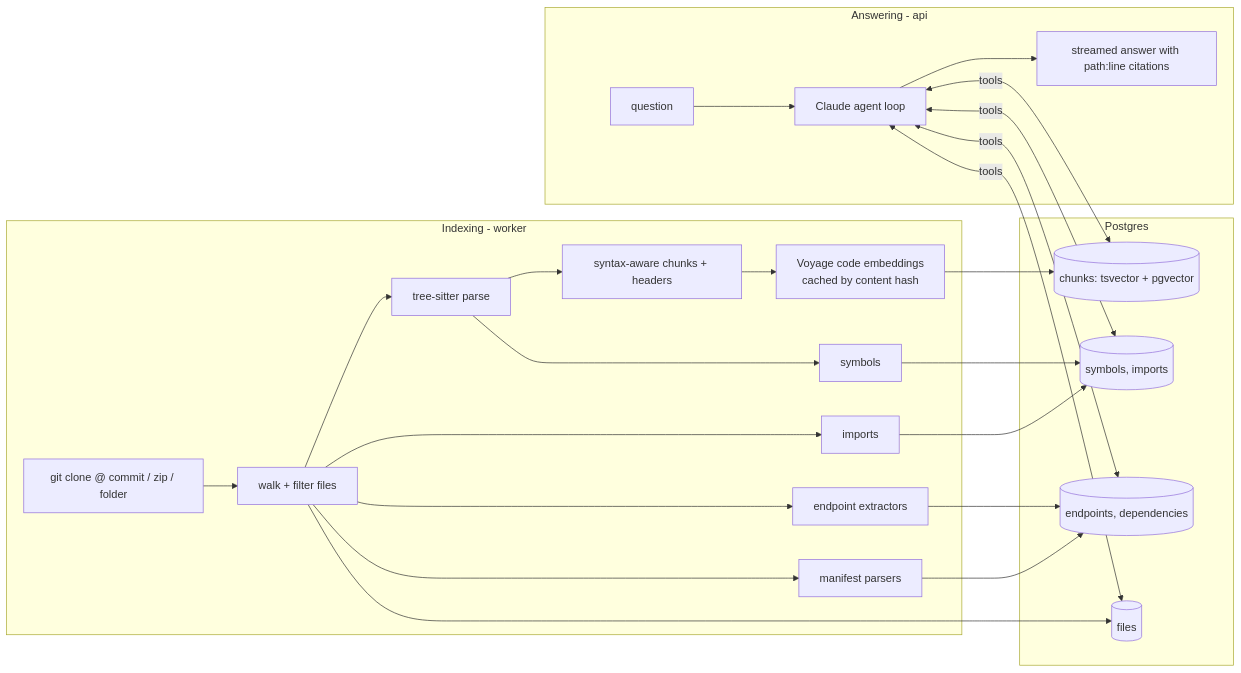
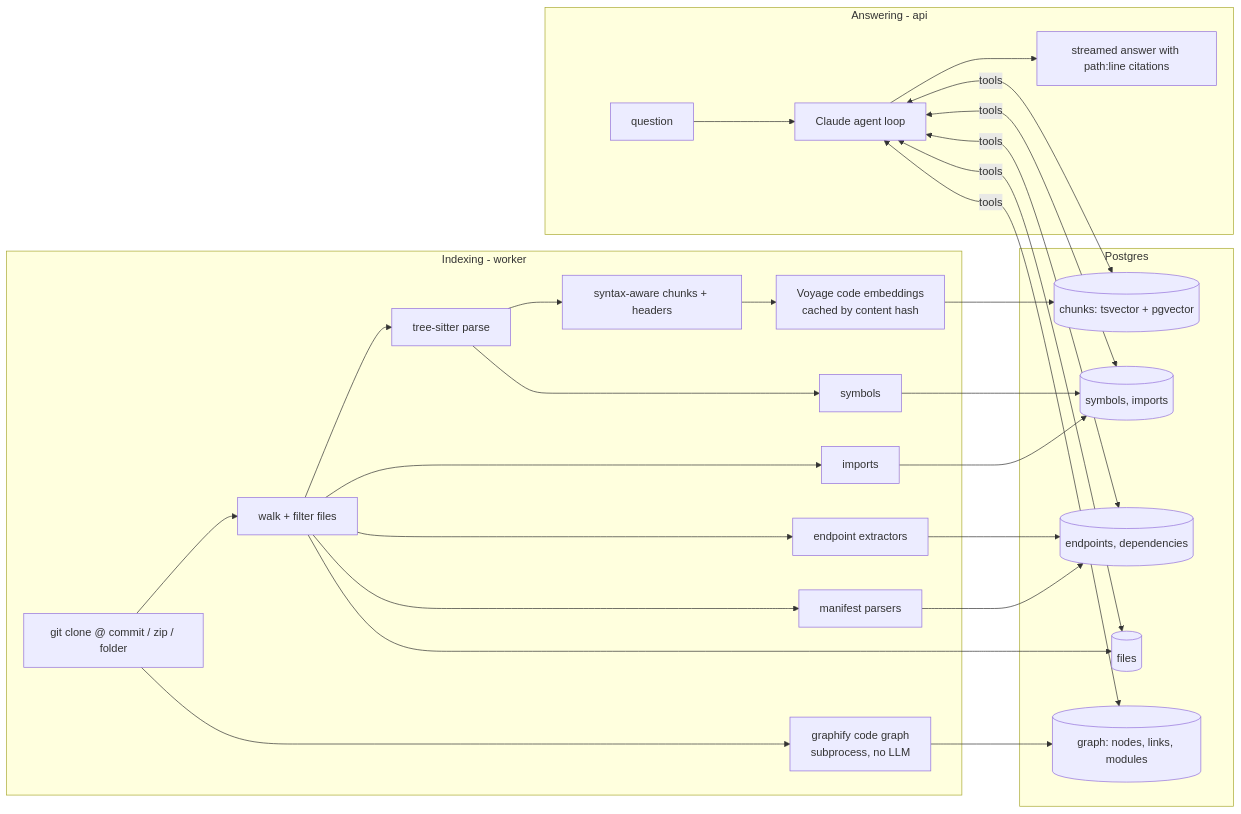
One commit to Nikhilprasad-r/code-doc changed the diagram in README.md. Above: the diagram before and after it, drawn with Mermaid. The commit also changed other lines of this file and 32 other files, not shown here.

First line of the commit message:
Enhance code analysis capabilities and integrate code graph features

````diff
--- a/README.md
+++ b/README.md
@@ -33,30 +33,33 @@
 ```mermaid
 flowchart LR
     subgraph Indexing [Indexing - worker]
         S[git clone @ commit / zip / folder] --> W[walk + filter files]
         W --> P[tree-sitter parse]
         P --> C[syntax-aware chunks + headers]
         P --> Y[symbols]
         W --> I[imports]
         W --> E[endpoint extractors]
         W --> D[manifest parsers]
         C --> V[Voyage code embeddings<br/>cached by content hash]
+        S --> G[graphify code graph<br/>subprocess, no LLM]
     end
     subgraph Postgres
         T1[(chunks: tsvector + pgvector)]
         T2[(symbols, imports)]
         T3[(endpoints, dependencies)]
         T4[(files)]
+        T5[(graph: nodes, links, modules)]
     end
     V --> T1
     Y --> T2
     I --> T2
     E --> T3
     D --> T3
     W --> T4
+    G --> T5
     subgraph Answering [Answering - api]
         Q[question] --> A[Claude agent loop]
-        A <-->|tools| T1 & T2 & T3 & T4
+        A <-->|tools| T1 & T2 & T3 & T4 & T5
         A --> R[streamed answer with path:line citations]
     end
 ```
````
